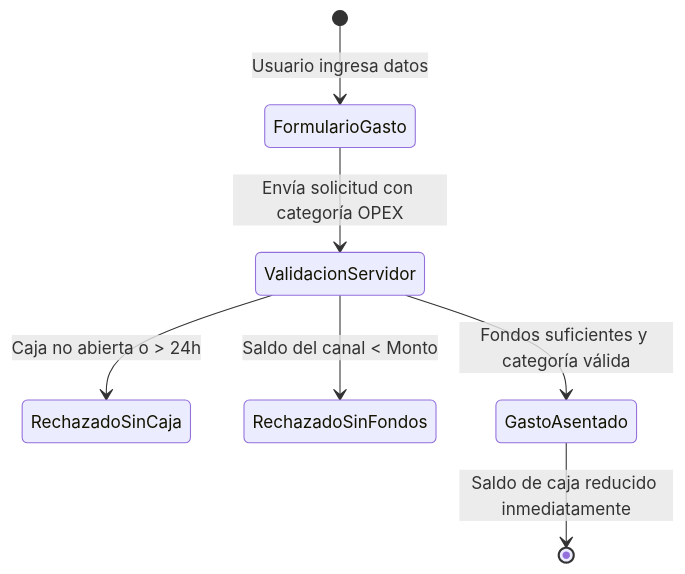
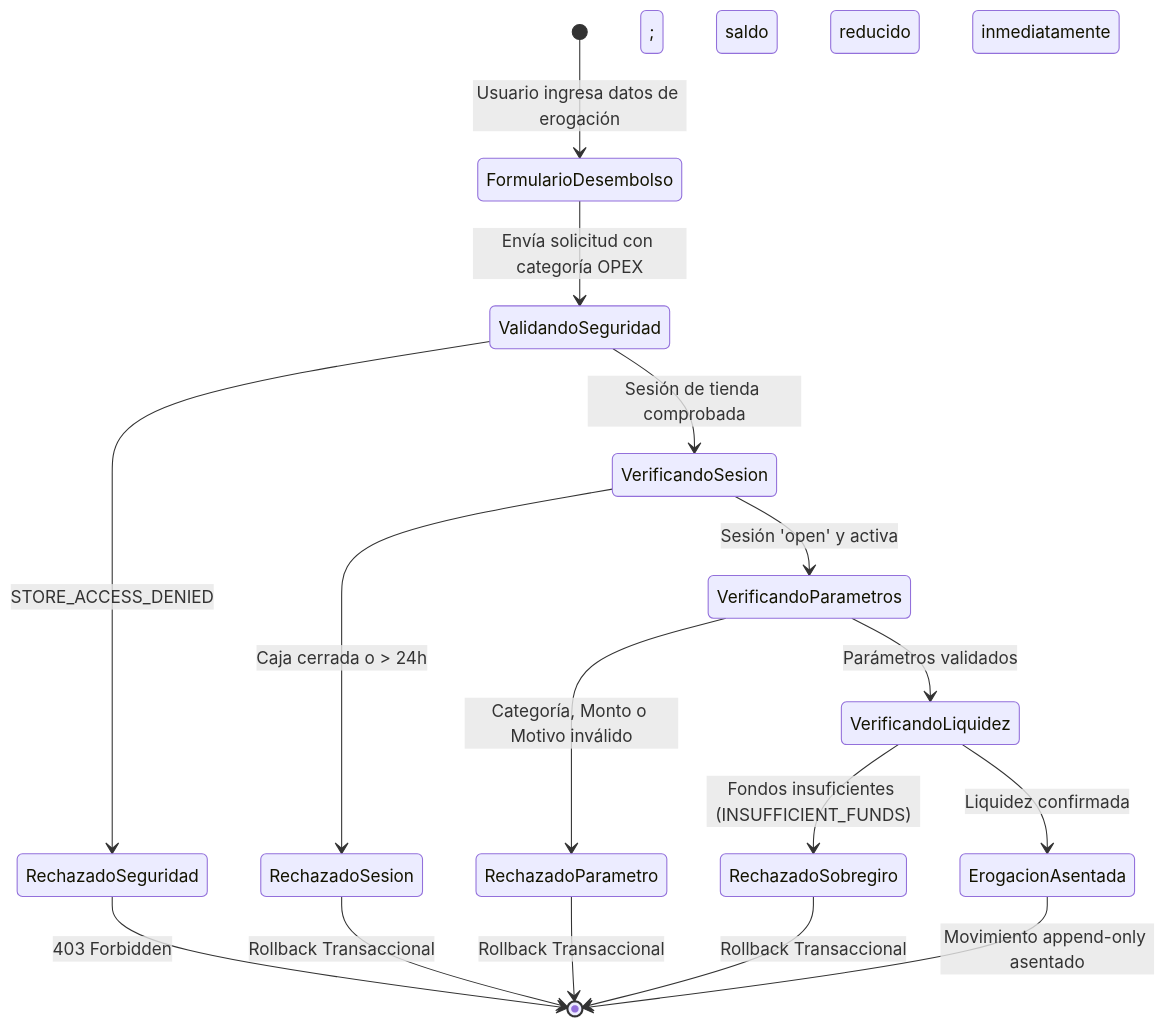
Before and after one commit to YamirJCF/tienda-barrio-pro: the third of 4 diagrams in documentation/01_requirements/SDD/SDD_026_POLITICA_GASTOS_INMEDIATOS.md, drawn with Mermaid. The commit also changed other lines of this file, not shown here.

Commit message:
docs(sdd): rectificar SDD-026 bajo protocolo PAC-SDD estricto con auditoria QA

````diff
--- a/documentation/01_requirements/SDD/SDD_026_POLITICA_GASTOS_INMEDIATOS.md
+++ b/documentation/01_requirements/SDD/SDD_026_POLITICA_GASTOS_INMEDIATOS.md
@@ -91,9 +156,24 @@
 ```mermaid
 stateDiagram-v2
-    [*] --> FormularioGasto : Usuario ingresa datos
-    FormularioGasto --> ValidacionServidor : Envía solicitud con categoría OPEX
-    ValidacionServidor --> RechazadoSinCaja : Caja no abierta o > 24h
-    ValidacionServidor --> RechazadoSinFondos : Saldo del canal < Monto
-    ValidacionServidor --> GastoAsentado : Fondos suficientes y categoría válida
-    GastoAsentado --> [*] : Saldo de caja reducido inmediatamente
+    [*] --> FormularioDesembolso : Usuario ingresa datos de erogación
+    FormularioDesembolso --> ValidandoSeguridad : Envía solicitud con categoría OPEX
+    
+    ValidandoSeguridad --> RechazadoSeguridad : STORE_ACCESS_DENIED
+    ValidandoSeguridad --> VerificandoSesion : Sesión de tienda comprobada
+    
+    VerificandoSesion --> RechazadoSesion : Caja cerrada o > 24h
+    VerificandoSesion --> VerificandoParametros : Sesión 'open' y activa
+    
+    VerificandoParametros --> RechazadoParametro : Categoría, Monto o Motivo inválido
+    VerificandoParametros --> VerificandoLiquidez : Parámetros validados
+    
+    VerificandoLiquidez --> RechazadoSobregiro : Fondos insuficientes (INSUFFICIENT_FUNDS)
+    VerificandoLiquidez --> ErogacionAsentada : Liquidez confirmada
+    
+    ErogacionAsentada --> [*] : Movimiento append-only asentado; saldo reducido inmediatamente
+
+    RechazadoSeguridad --> [*] : 403 Forbidden
+    RechazadoSesion --> [*] : Rollback Transaccional
+    RechazadoParametro --> [*] : Rollback Transaccional
+    RechazadoSobregiro --> [*] : Rollback Transaccional
 ```
````
